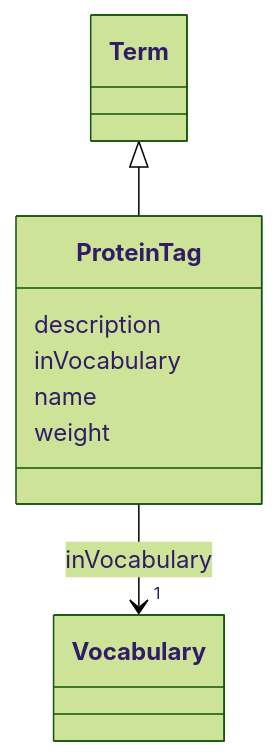
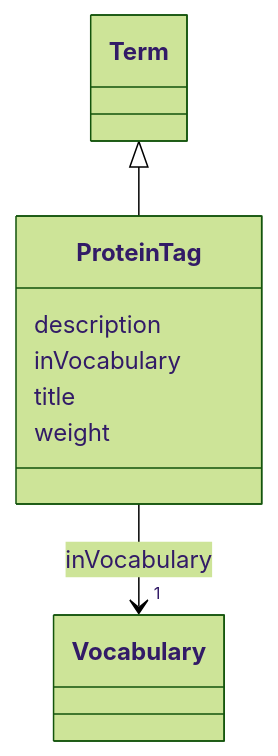
The diagram in models/docs/ProteinTag.md (EVORA-project/evora-ontology), drawn with Mermaid (forest theme) before and after one commit. The commit also changed other lines of this file and 435 other files, not shown here.

````diff
--- a/models/docs/ProteinTag.md
+++ b/models/docs/ProteinTag.md
@@ -19,24 +19,24 @@
 ```mermaid
  classDiagram
     class ProteinTag
     click ProteinTag href "../ProteinTag"
       Term <|-- ProteinTag
         click Term href "../Term"
       
       ProteinTag : description
         
       ProteinTag : inVocabulary
         
           
     
     
     ProteinTag --> "1" Vocabulary : inVocabulary
     click Vocabulary href "../Vocabulary"
 
         
-      ProteinTag : name
+      ProteinTag : title
         
       ProteinTag : weight
         
       
 ```
````
